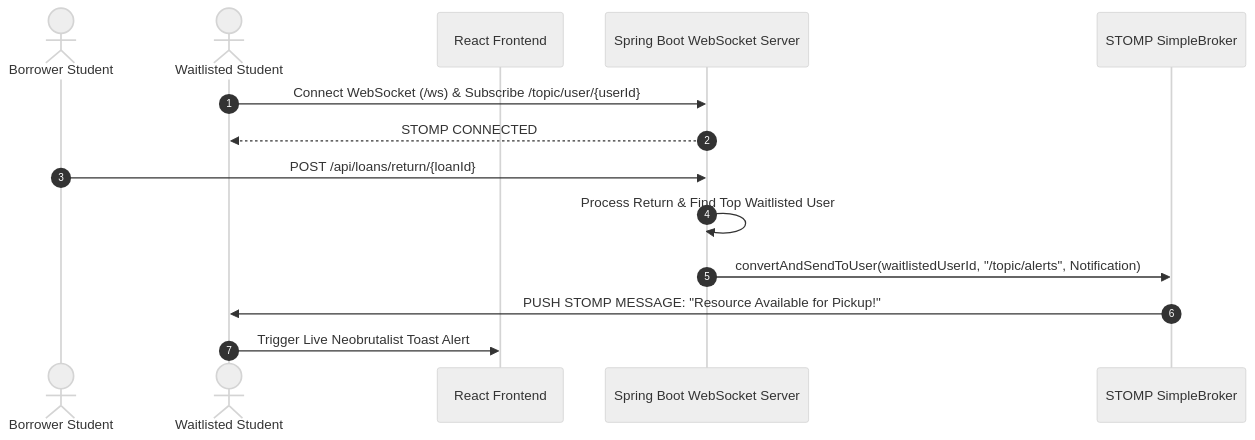
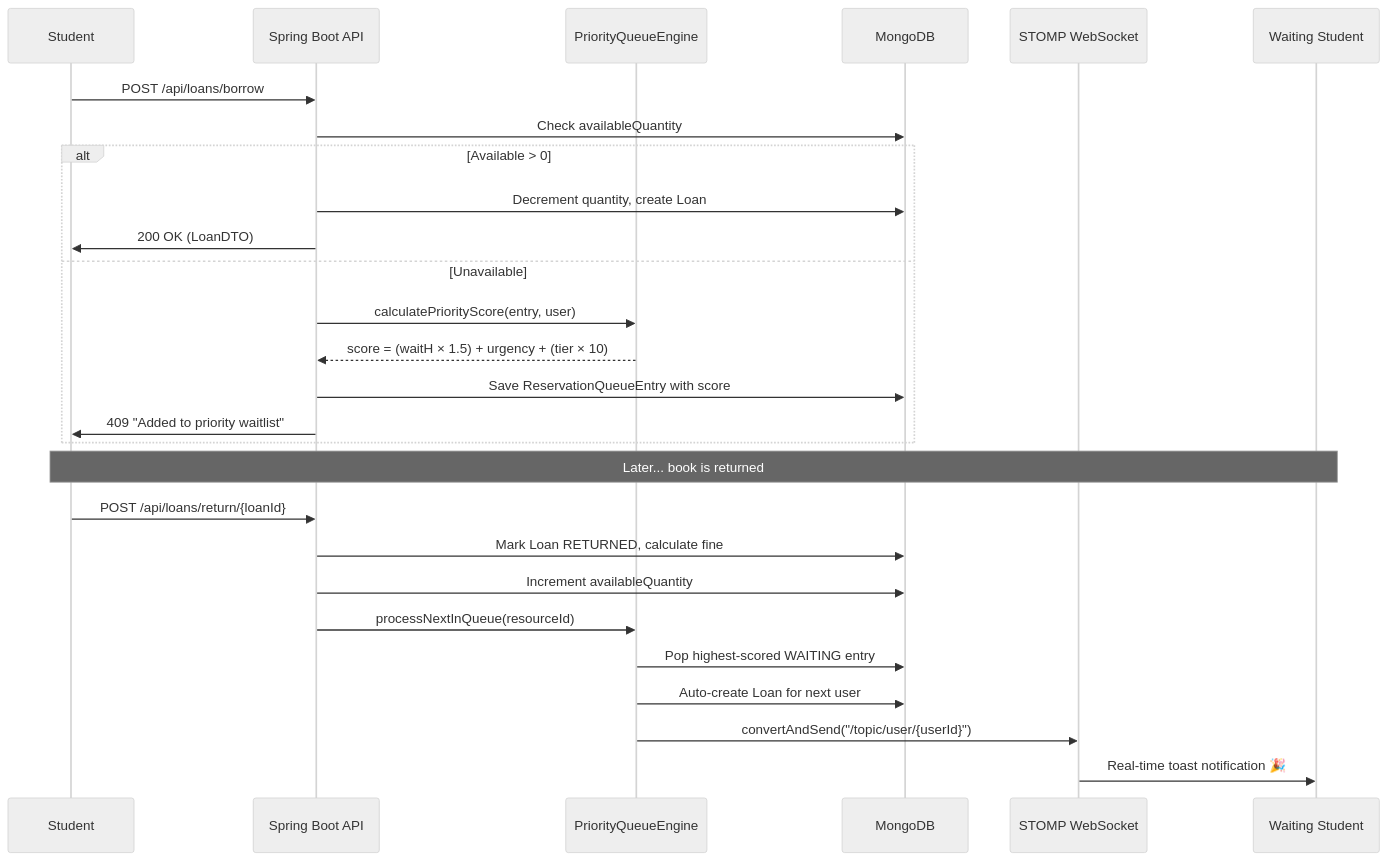
The second of 2 diagrams in README.md (ankan123basu/LIBRARIX), drawn with Mermaid (neutral theme) before and after one commit. The commit also changed other lines of this file and 1 other file, not shown here.

````diff
--- a/README.md
+++ b/README.md
@@ -303,17 +253,32 @@
 ```mermaid
 sequenceDiagram
-    autonumber
-    actor Borrower as Borrower Student
-    actor Waitlisted as Waitlisted Student
-    participant UI as React Frontend
-    participant Server as Spring Boot WebSocket Server
-    participant Broker as STOMP SimpleBroker
+    participant S as Student
+    participant API as Spring Boot API
+    participant QE as PriorityQueueEngine
+    participant DB as MongoDB
+    participant WS as STOMP WebSocket
+    participant S2 as Waiting Student
 
-    Waitlisted->>Server: Connect WebSocket (/ws) & Subscribe /topic/user/{userId}
-    Server-->>Waitlisted: STOMP CONNECTED
-    Borrower->>Server: POST /api/loans/return/{loanId}
-    Server->>Server: Process Return & Find Top Waitlisted User
-    Server->>Broker: convertAndSendToUser(waitlistedUserId, "/topic/alerts", Notification)
-    Broker->>Waitlisted: PUSH STOMP MESSAGE: "Resource Available for Pickup!"
-    Waitlisted->>UI: Trigger Live Neobrutalist Toast Alert
+    S->>API: POST /api/loans/borrow
+    API->>DB: Check availableQuantity
+    alt Available > 0
+        API->>DB: Decrement quantity, create Loan
+        API->>S: 200 OK (LoanDTO)
+    else Unavailable
+        API->>QE: calculatePriorityScore(entry, user)
+        QE-->>API: score = (waitH × 1.5) + urgency + (tier × 10)
+        API->>DB: Save ReservationQueueEntry with score
+        API->>S: 409 "Added to priority waitlist"
+    end
+
+    Note over S,S2: Later... book is returned
+
+    S->>API: POST /api/loans/return/{loanId}
+    API->>DB: Mark Loan RETURNED, calculate fine
+    API->>DB: Increment availableQuantity
+    API->>QE: processNextInQueue(resourceId)
+    QE->>DB: Pop highest-scored WAITING entry
+    QE->>DB: Auto-create Loan for next user
+    QE->>WS: convertAndSend("/topic/user/{userId}")
+    WS->>S2: Real-time toast notification 🎉
 ```
````
